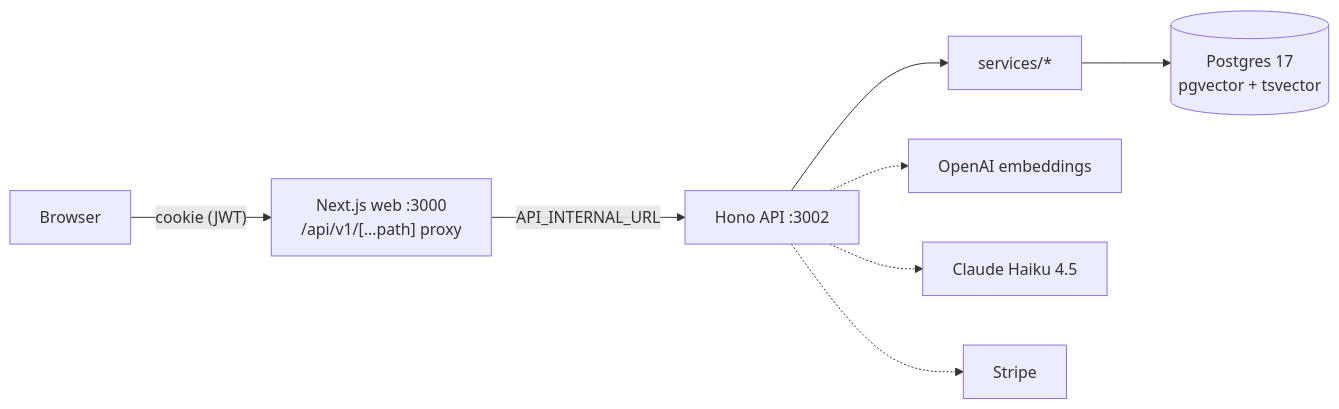
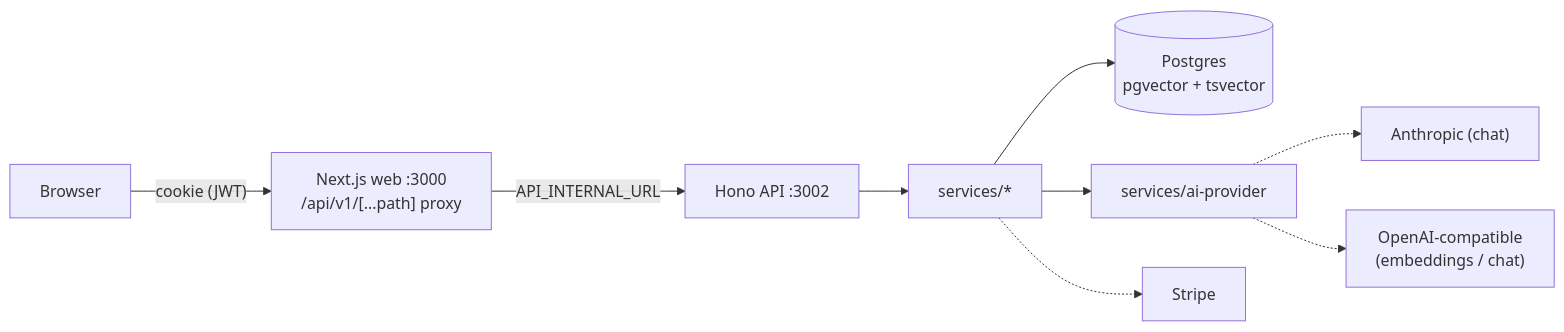
One commit to blueoceanintern-sudo/CompanyBrain changed the diagram in docs/handover/02_Technical_Handover.md. Above: the diagram before and after it, drawn with Mermaid. The commit also changed other lines of this file and 39 other files, not shown here.

First line of the commit message:
feat: swappable AI provider layer (services/ai-provider) (#12)

````diff
--- a/docs/handover/02_Technical_Handover.md
+++ b/docs/handover/02_Technical_Handover.md
@@ -30,10 +29,11 @@
 ```mermaid
 flowchart LR
     B[Browser] -->|"cookie (JWT)"| W["Next.js web :3000<br/>/api/v1/[...path] proxy"]
     W -->|API_INTERNAL_URL| A["Hono API :3002"]
     A --> S["services/*"]
-    S --> P[("Postgres 17<br/>pgvector + tsvector")]
-    A -.-> OAI["OpenAI embeddings"]
-    A -.-> ANT["Claude Haiku 4.5"]
-    A -.-> STR["Stripe"]
+    S --> P[("Postgres<br/>pgvector + tsvector")]
+    S --> AIP["services/ai-provider"]
+    AIP -.-> ANT["Anthropic (chat)"]
+    AIP -.-> OAI["OpenAI-compatible<br/>(embeddings / chat)"]
+    S -.-> STR["Stripe"]
 ```
````
